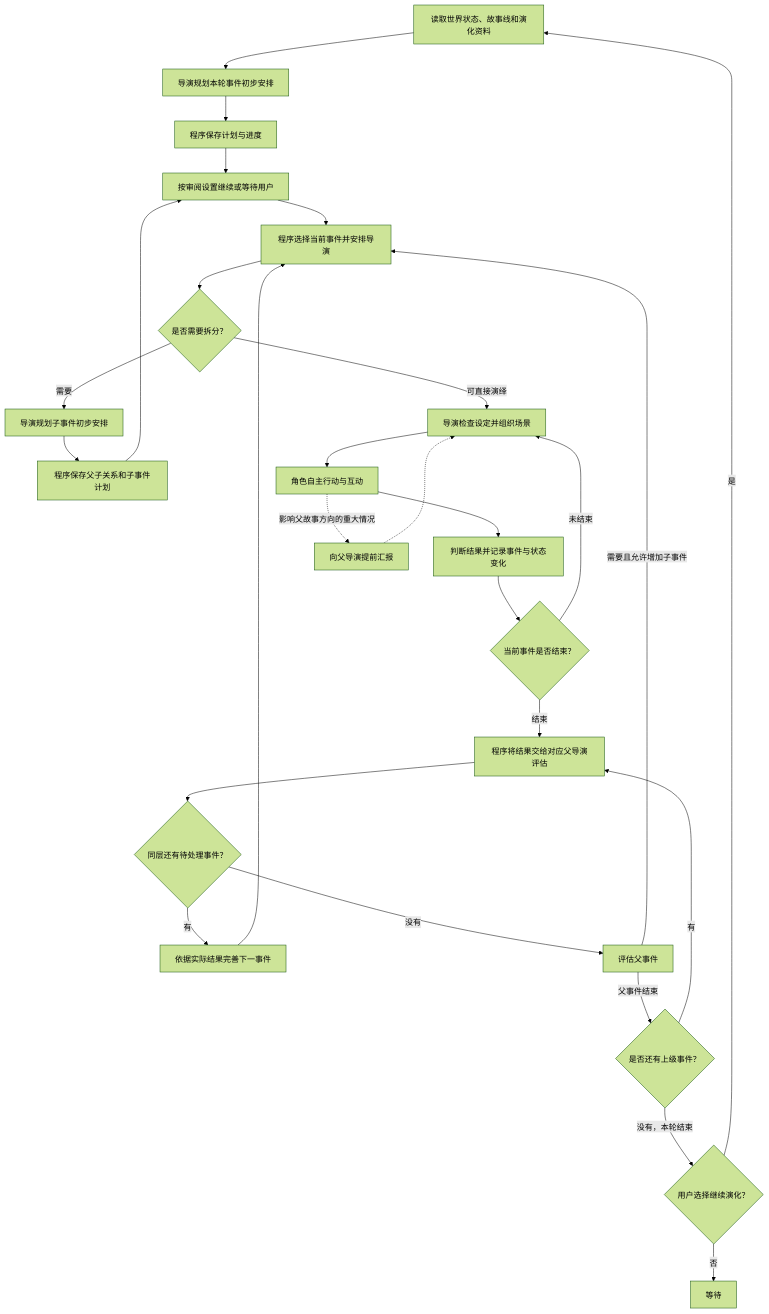
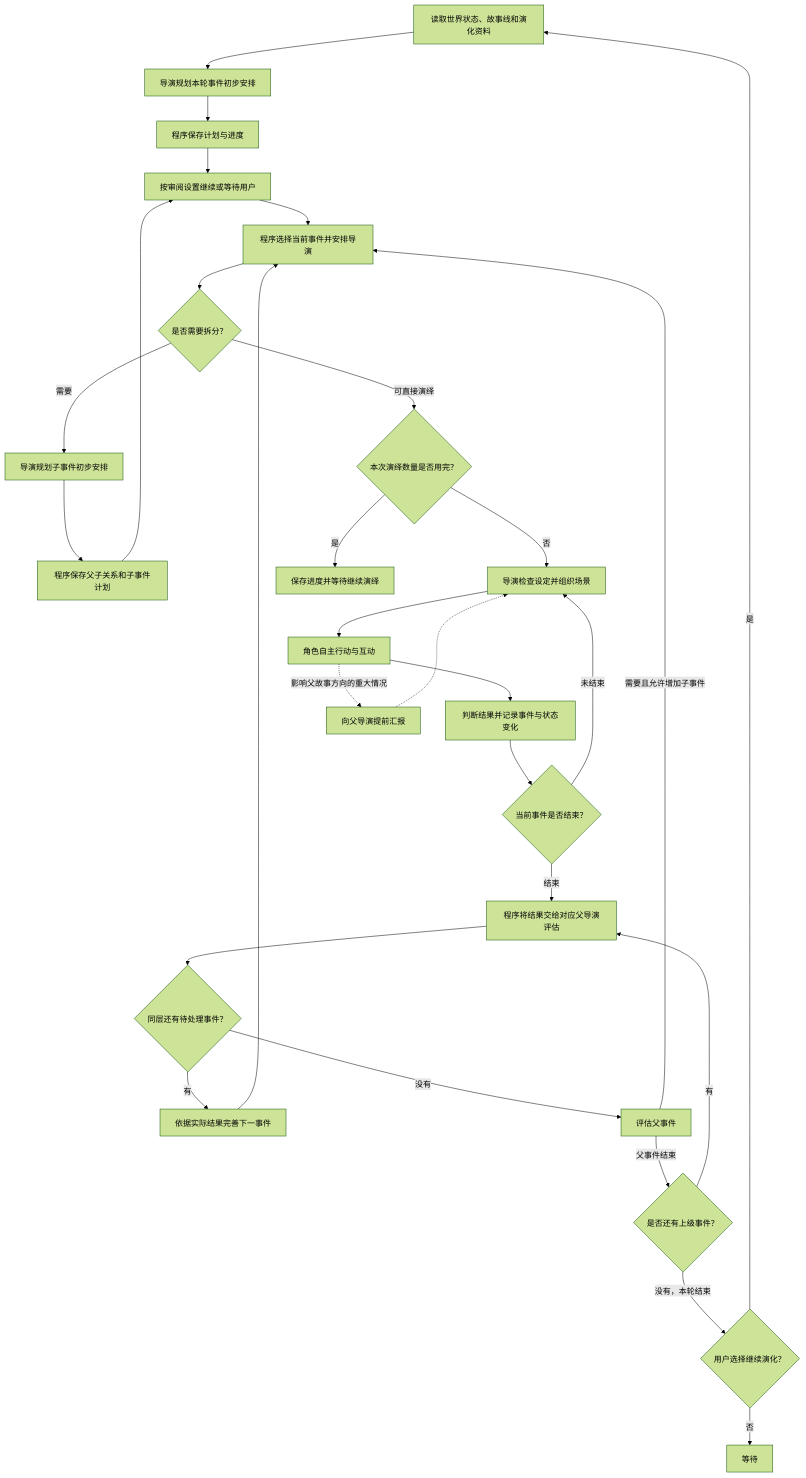
The diagram in docs/workflows/story-workflow/story-workflow.md (8888-baiyi-8888/fly_novel), drawn with Mermaid (forest theme) before and after one commit. The commit also changed other lines of this file and 1 other file, not shown here.

````diff
--- a/docs/workflows/story-workflow/story-workflow.md
+++ b/docs/workflows/story-workflow/story-workflow.md
@@ -15,29 +15,31 @@
 ```mermaid
 flowchart TB
     A[读取世界状态、故事线和演化资料] --> B[导演规划本轮事件初步安排]
     B --> C[程序保存计划与进度]
     C --> U[按审阅设置继续或等待用户]
     U --> D[程序选择当前事件并安排导演]
     D --> E{是否需要拆分？}
     E -->|需要| F[导演规划子事件初步安排]
     F --> G[程序保存父子关系和子事件计划]
     G --> U
-    E -->|可直接演绎| H[导演检查设定并组织场景]
+    E -->|可直接演绎| V{本次演绎数量是否用完？}
+    V -->|否| H[导演检查设定并组织场景]
+    V -->|是| W[保存进度并等待继续演绎]
     H --> I[角色自主行动与互动]
     I --> J[判断结果并记录事件与状态变化]
     J --> K{当前事件是否结束？}
     K -->|未结束| H
     K -->|结束| L[程序将结果交给对应父导演评估]
     L --> M{同层还有待处理事件？}
     M -->|有| N[依据实际结果完善下一事件]
     N --> D
     M -->|没有| O[评估父事件]
     O -->|需要且允许增加子事件| D
     O -->|父事件结束| P{是否还有上级事件？}
     P -->|有| L
     P -->|没有，本轮结束| Q{用户选择继续演化？}
     Q -->|是| A
     Q -->|否| R[等待]
     I -.->|影响父故事方向的重大情况| T[向父导演提前汇报]
     T -.-> H
 ```
````
